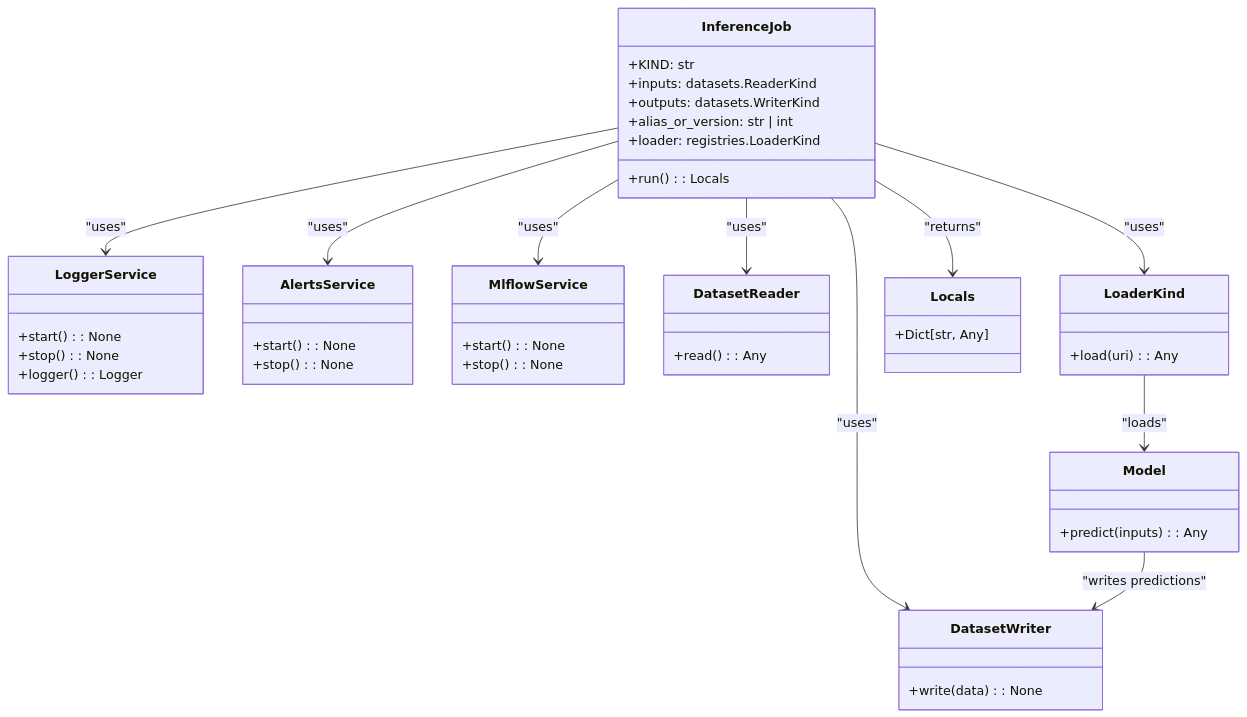
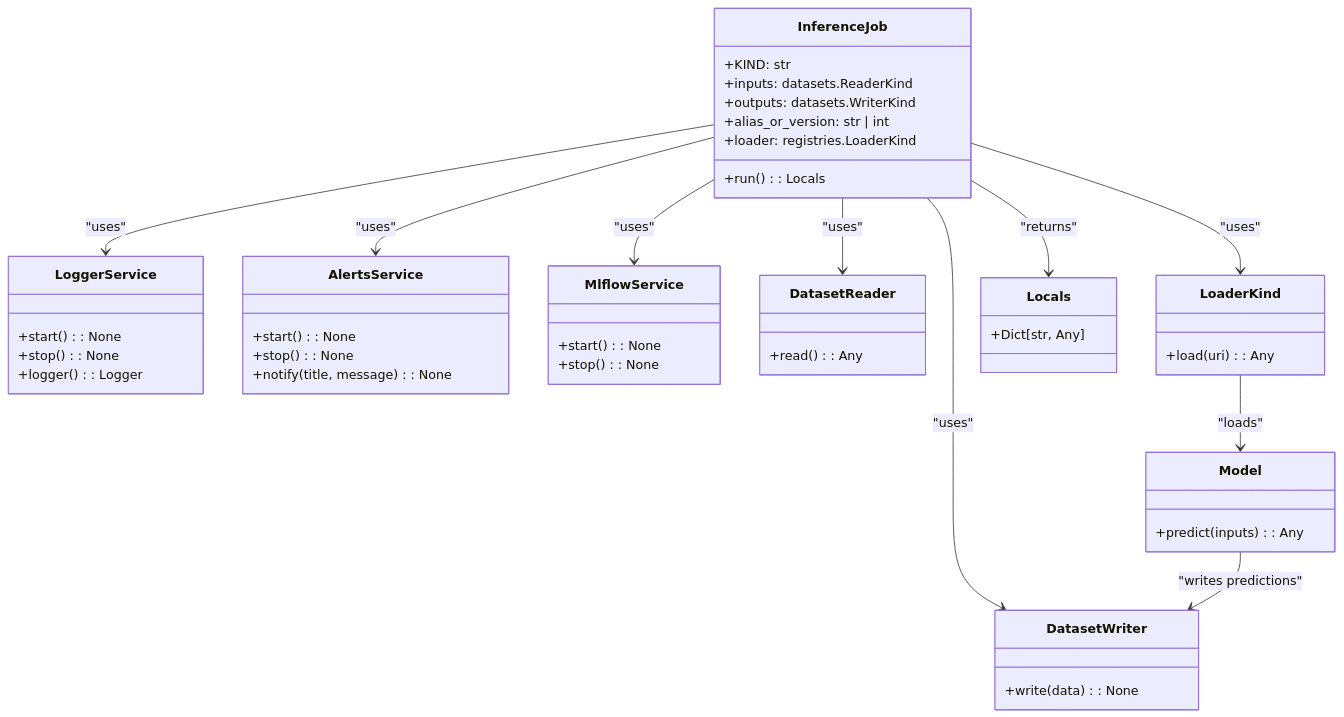
Before and after one commit to lgcorzo/llmops-python-package: the diagram in Documents/Inference_stories.md, drawn with Mermaid. The commit also changed other lines of this file and 25 other files, not shown here.

````diff
--- a/Documents/Inference_stories.md
+++ b/Documents/Inference_stories.md
@@ -21,58 +22,59 @@
 ```mermaid
 classDiagram
     class InferenceJob {
         +KIND: str
         +inputs: datasets.ReaderKind
         +outputs: datasets.WriterKind
         +alias_or_version: str | int
         +loader: registries.LoaderKind
         +run() : Locals
     }
 
     class LoggerService {
         +start() : None
         +stop() : None
         +logger() : Logger
     }
 
     class AlertsService {
         +start() : None
         +stop() : None
+        +notify(title, message) : None
     }
 
     class MlflowService {
         +start() : None
         +stop() : None
     }
 
     class DatasetReader {
         +read() : Any
     }
 
     class DatasetWriter {
         +write(data) : None
     }
 
     class LoaderKind {
         +load(uri) : Any
     }
 
     class Model {
         +predict(inputs) : Any
     }
 
     class Locals {
         +Dict[str, Any]
     }
 
     InferenceJob --> LoggerService : "uses"
     InferenceJob --> AlertsService : "uses"
     InferenceJob --> MlflowService : "uses"
     InferenceJob --> LoaderKind : "uses"
     InferenceJob --> DatasetReader : "uses"
     InferenceJob --> DatasetWriter : "uses"
     LoaderKind --> Model : "loads"
     Model --> DatasetWriter : "writes predictions"
     InferenceJob --> Locals : "returns"
 
 ```
````
